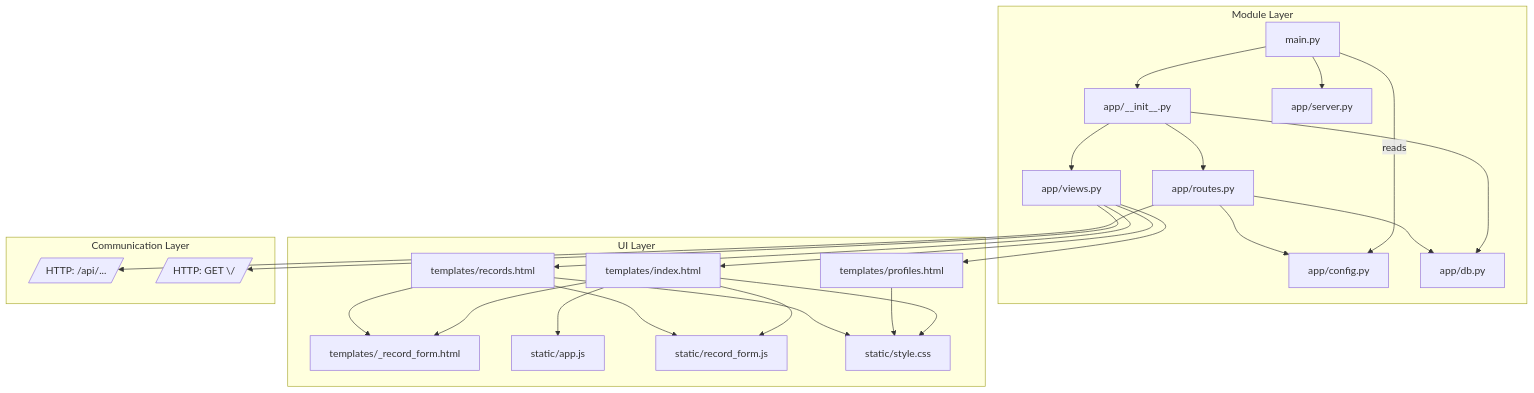
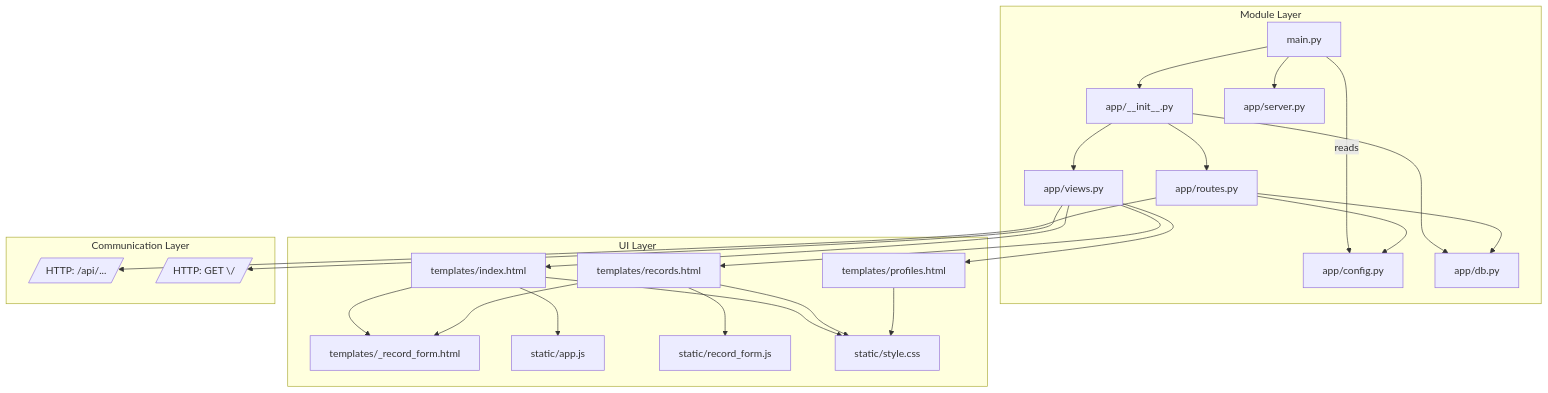
Before and after one commit to kittawat-thongpud/SSH_log_tools: the diagram in docs/module-architecture.md, drawn with Mermaid. The commit also changed other lines of this file and 13 other files, not shown here.

````diff
--- a/docs/module-architecture.md
+++ b/docs/module-architecture.md
@@ -14,50 +14,49 @@
 ```mermaid
 graph TD
   subgraph Module Layer
     A[main.py]
     B[app/__init__.py]
     C[app/server.py]
     D[app/config.py]
     E[app/routes.py]
     F[app/views.py]
     G[app/db.py]
   end
 
   subgraph UI Layer
     T[templates/index.html]
     TP[templates/profiles.html]
     TR[templates/records.html]
     TF[templates/_record_form.html]
     S[static/app.js]
     RF[static/record_form.js]
     CSS[static/style.css]
   end
 
   A --> B
   A --> C
   A -->|reads| D
   B --> E
   B --> F
   B --> G
   E --> D
   E --> G
   F --> T
   F --> TP
   F --> TR
-  T --> S
-  T --> RF
-  TR --> RF
   T --> TF
   TR --> TF
+  T --> S
   T --> CSS
+  TR --> RF
+  TR --> CSS
   TP --> CSS
-  TR --> CSS
 
   subgraph Communication Layer
     API[/HTTP: /api/.../]
     WEB[/HTTP: GET \//]
   end
 
   E --> API
   F --> WEB
 ```
````
